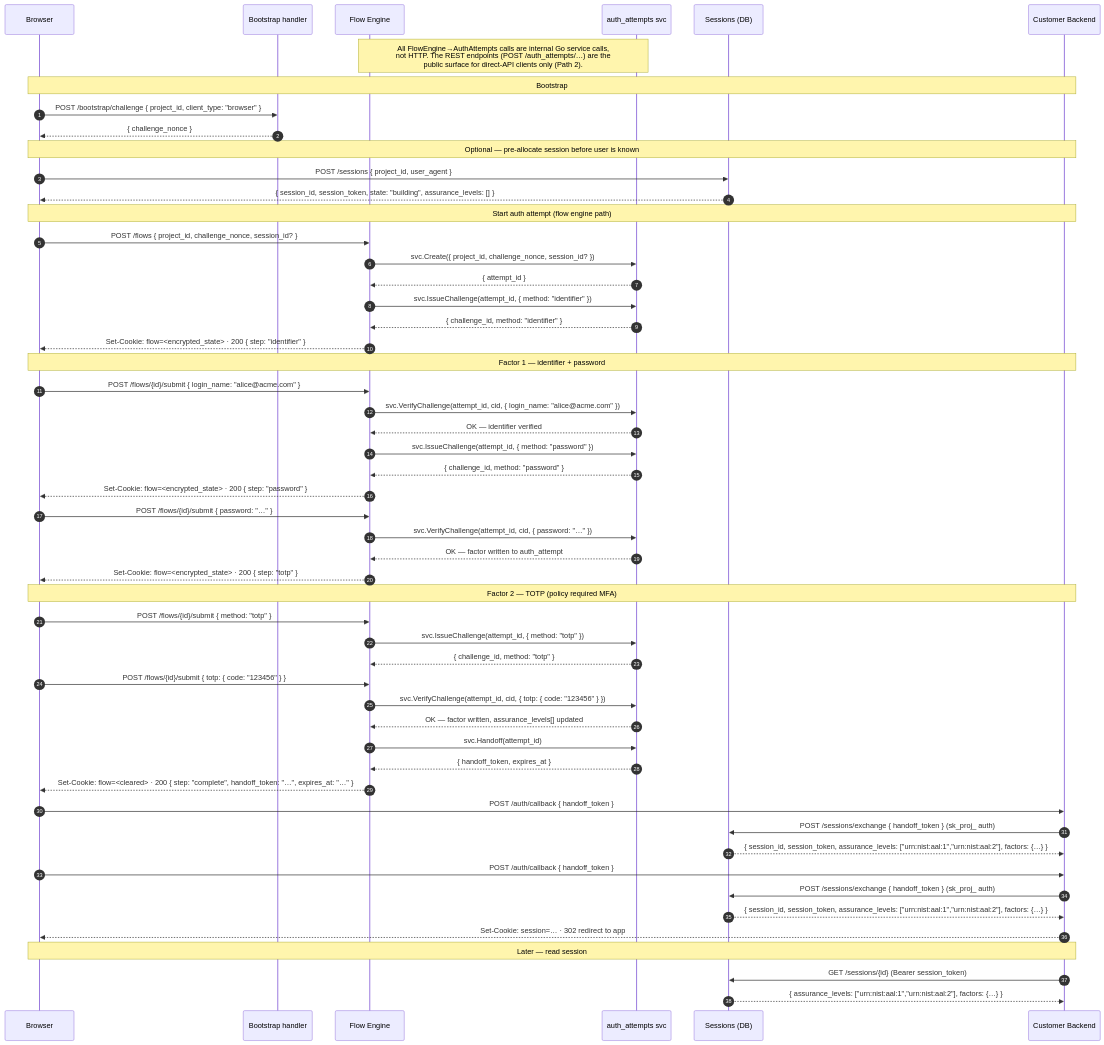
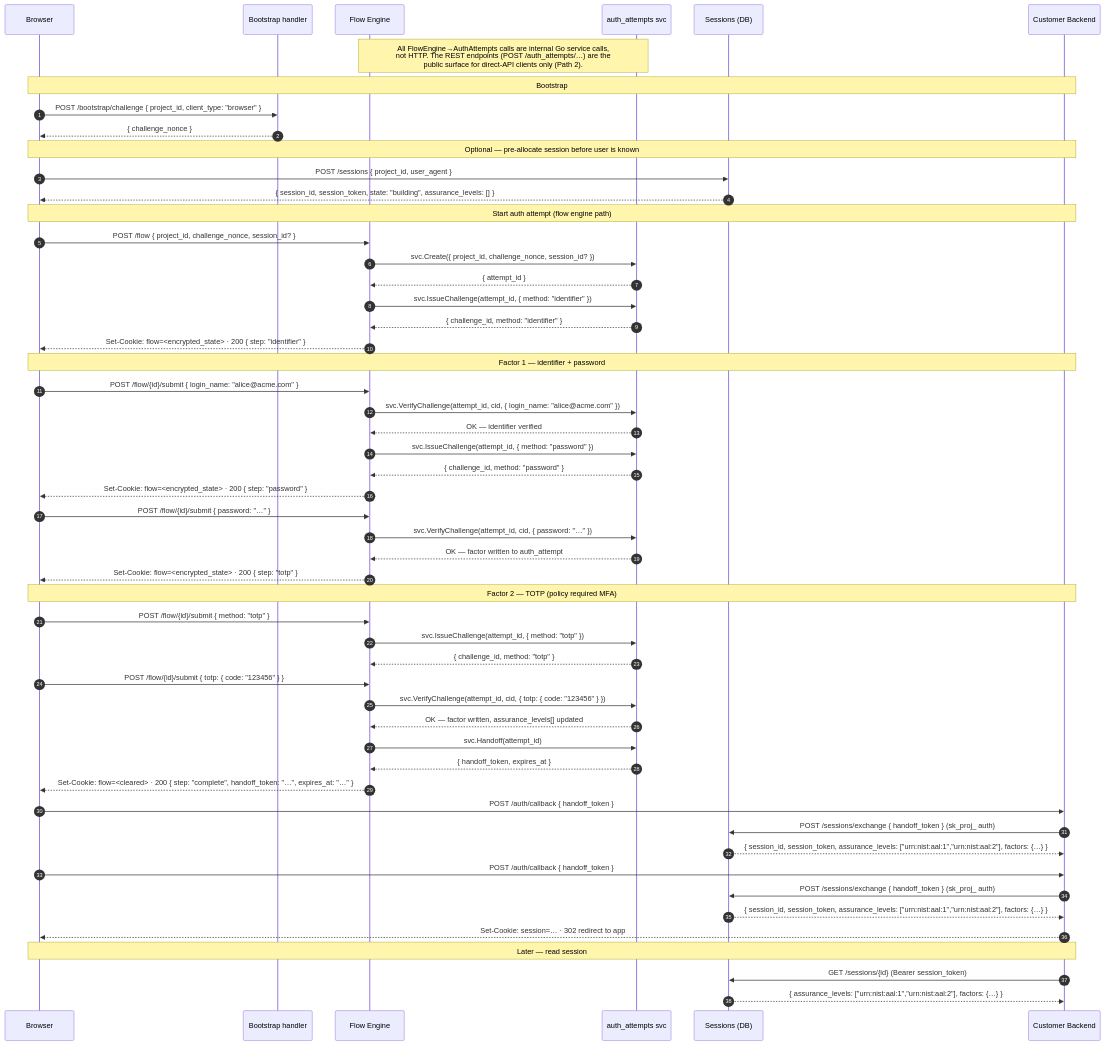
One commit to zitadel/nextgen changed the first of 4 diagrams in docs/design/api/authn-and-auth-flows.md. Above: the diagram before and after it, drawn with Mermaid. The commit also changed other lines of this file and 42 other files, not shown here.

````diff
--- a/docs/design/api/authn-and-auth-flows.md
+++ b/docs/design/api/authn-and-auth-flows.md
@@ -159,72 +161,72 @@
 ```mermaid
 sequenceDiagram
     autonumber
     participant Browser
     participant Bootstrap as Bootstrap handler
     participant FlowEngine as Flow Engine
     participant AuthAttempts as auth_attempts svc
     participant SessionDB as Sessions (DB)
     participant CustomerBackend as Customer Backend
 
     Note over FlowEngine,AuthAttempts: All FlowEngine→AuthAttempts calls are internal Go service calls,<br/>not HTTP. The REST endpoints (POST /auth_attempts/…) are the<br/>public surface for direct-API clients only (Path 2).
 
     Note over Browser,CustomerBackend: Bootstrap
 
     Browser->>Bootstrap: POST /bootstrap/challenge { project_id, client_type: "browser" }
     Bootstrap-->>Browser: { challenge_nonce }
 
     Note over Browser,CustomerBackend: Optional — pre-allocate session before user is known
 
     Browser->>SessionDB: POST /sessions { project_id, user_agent }
     SessionDB-->>Browser: { session_id, session_token, state: "building", assurance_levels: [] }
 
     Note over Browser,CustomerBackend: Start auth attempt (flow engine path)
 
-    Browser->>FlowEngine: POST /flows { project_id, challenge_nonce, session_id? }
+    Browser->>FlowEngine: POST /flow { project_id, challenge_nonce, session_id? }
     FlowEngine->>AuthAttempts: svc.Create({ project_id, challenge_nonce, session_id? })
     AuthAttempts-->>FlowEngine: { attempt_id }
     FlowEngine->>AuthAttempts: svc.IssueChallenge(attempt_id, { method: "identifier" })
     AuthAttempts-->>FlowEngine: { challenge_id, method: "identifier" }
     FlowEngine-->>Browser: Set-Cookie: flow=<encrypted_state> · 200 { step: "identifier" }
 
     Note over Browser,CustomerBackend: Factor 1 — identifier + password
 
-    Browser->>FlowEngine: POST /flows/{id}/submit { login_name: "alice@acme.com" }
+    Browser->>FlowEngine: POST /flow/{id}/submit { login_name: "alice@acme.com" }
     FlowEngine->>AuthAttempts: svc.VerifyChallenge(attempt_id, cid, { login_name: "alice@acme.com" })
     AuthAttempts-->>FlowEngine: OK — identifier verified
     FlowEngine->>AuthAttempts: svc.IssueChallenge(attempt_id, { method: "password" })
     AuthAttempts-->>FlowEngine: { challenge_id, method: "password" }
     FlowEngine-->>Browser: Set-Cookie: flow=<encrypted_state> · 200 { step: "password" }
 
-    Browser->>FlowEngine: POST /flows/{id}/submit { password: "…" }
+    Browser->>FlowEngine: POST /flow/{id}/submit { password: "…" }
     FlowEngine->>AuthAttempts: svc.VerifyChallenge(attempt_id, cid, { password: "…" })
     AuthAttempts-->>FlowEngine: OK — factor written to auth_attempt
     FlowEngine-->>Browser: Set-Cookie: flow=<encrypted_state> · 200 { step: "totp" }
 
     Note over Browser,CustomerBackend: Factor 2 — TOTP (policy required MFA)
 
-    Browser->>FlowEngine: POST /flows/{id}/submit { method: "totp" }
+    Browser->>FlowEngine: POST /flow/{id}/submit { method: "totp" }
     FlowEngine->>AuthAttempts: svc.IssueChallenge(attempt_id, { method: "totp" })
     AuthAttempts-->>FlowEngine: { challenge_id, method: "totp" }
-    Browser->>FlowEngine: POST /flows/{id}/submit { totp: { code: "123456" } }
+    Browser->>FlowEngine: POST /flow/{id}/submit { totp: { code: "123456" } }
     FlowEngine->>AuthAttempts: svc.VerifyChallenge(attempt_id, cid, { totp: { code: "123456" } })
     AuthAttempts-->>FlowEngine: OK — factor written, assurance_levels[] updated
     FlowEngine->>AuthAttempts: svc.Handoff(attempt_id)
     AuthAttempts-->>FlowEngine: { handoff_token, expires_at }
     FlowEngine-->>Browser: Set-Cookie: flow=<cleared> · 200 { step: "complete", handoff_token: "…", expires_at: "…" }
 
     Browser->>CustomerBackend: POST /auth/callback { handoff_token }
     CustomerBackend->>SessionDB: POST /sessions/exchange { handoff_token } (sk_proj_ auth)
     SessionDB-->>CustomerBackend: { session_id, session_token, assurance_levels: ["urn:nist:aal:1","urn:nist:aal:2"], factors: {…} }
 
 
     Browser->>CustomerBackend: POST /auth/callback { handoff_token }
     CustomerBackend->>SessionDB: POST /sessions/exchange { handoff_token } (sk_proj_ auth)
     SessionDB-->>CustomerBackend: { session_id, session_token, assurance_levels: ["urn:nist:aal:1","urn:nist:aal:2"], factors: {…} }
     CustomerBackend-->>Browser: Set-Cookie: session=… · 302 redirect to app
 
     Note over Browser,CustomerBackend: Later — read session
 
     CustomerBackend->>SessionDB: GET /sessions/{id} (Bearer session_token)
     SessionDB-->>CustomerBackend: { assurance_levels: ["urn:nist:aal:1","urn:nist:aal:2"], factors: {…} }
 ```
````
